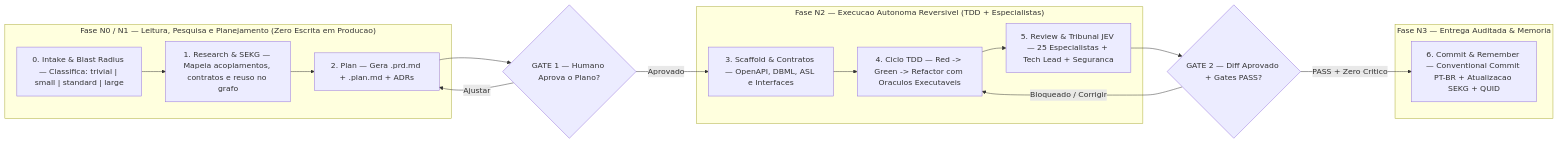
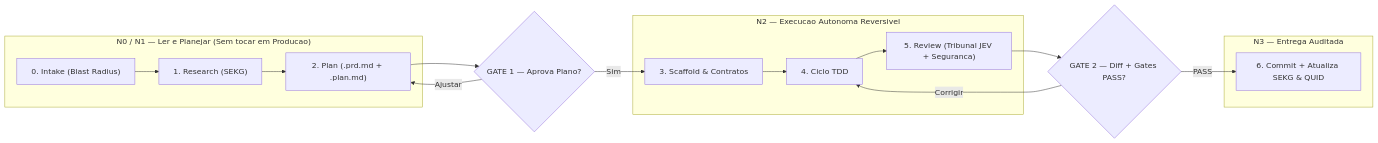
One commit to thiago701/squad-ai-harness changed the second of 3 diagrams in README.md. Above: the diagram before and after it, drawn with Mermaid. The commit also changed other lines of this file, not shown here.

Commit message:
docs(readme): refina e enxuga documentacao do core, diagramas e legendas didaticas

````diff
--- a/README.md
+++ b/README.md
@@ -157,33 +132,33 @@
 ```mermaid
 flowchart LR
-    subgraph FASE_N0_N1["Fase N0 / N1 — Leitura, Pesquisa e Planejamento (Zero Escrita em Producao)"]
-        S0["0. Intake & Blast Radius — Classifica: trivial | small | standard | large"]
-        S1["1. Research & SEKG — Mapeia acoplamentos, contratos e reuso no grafo"]
-        S2["2. Plan — Gera .prd.md + .plan.md + ADRs"]
+    subgraph N0_N1["N0 / N1 — Ler e Planejar (Sem tocar em Producao)"]
+        S0["0. Intake (Blast Radius)"]
+        S1["1. Research (SEKG)"]
+        S2["2. Plan (.prd.md + .plan.md)"]
         S0 --> S1
         S1 --> S2
     end
 
-    G1{"GATE 1 — Humano Aprova o Plano?"}
+    G1{"GATE 1 — Aprova Plano?"}
 
-    subgraph FASE_N2["Fase N2 — Execucao Autonoma Reversivel (TDD + Especialistas)"]
-        S3["3. Scaffold & Contratos — OpenAPI, DBML, ASL e Interfaces"]
-        S4["4. Ciclo TDD — Red -> Green -> Refactor com Oraculos Executaveis"]
-        S5["5. Review & Tribunal JEV — 25 Especialistas + Tech Lead + Seguranca"]
+    subgraph N2["N2 — Execucao Autonoma Reversivel"]
+        S3["3. Scaffold & Contratos"]
+        S4["4. Ciclo TDD"]
+        S5["5. Review (Tribunal JEV + Seguranca)"]
         S3 --> S4
         S4 --> S5
     end
 
-    G2{"GATE 2 — Diff Aprovado + Gates PASS?"}
+    G2{"GATE 2 — Diff + Gates PASS?"}
 
-    subgraph FASE_N3["Fase N3 — Entrega Auditada & Memoria"]
-        S6["6. Commit & Remember — Conventional Commit PT-BR + Atualizacao SEKG + QUID"]
+    subgraph N3["N3 — Entrega Auditada"]
+        S6["6. Commit + Atualiza SEKG & QUID"]
     end
 
     S2 --> G1
-    G1 -->|"Aprovado"| S3
+    G1 -->|"Sim"| S3
     G1 -->|"Ajustar"| S2
     S5 --> G2
-    G2 -->|"PASS + Zero Critico"| S6
-    G2 -->|"Bloqueado / Corrigir"| S4
+    G2 -->|"PASS"| S6
+    G2 -->|"Corrigir"| S4
 ```
````
